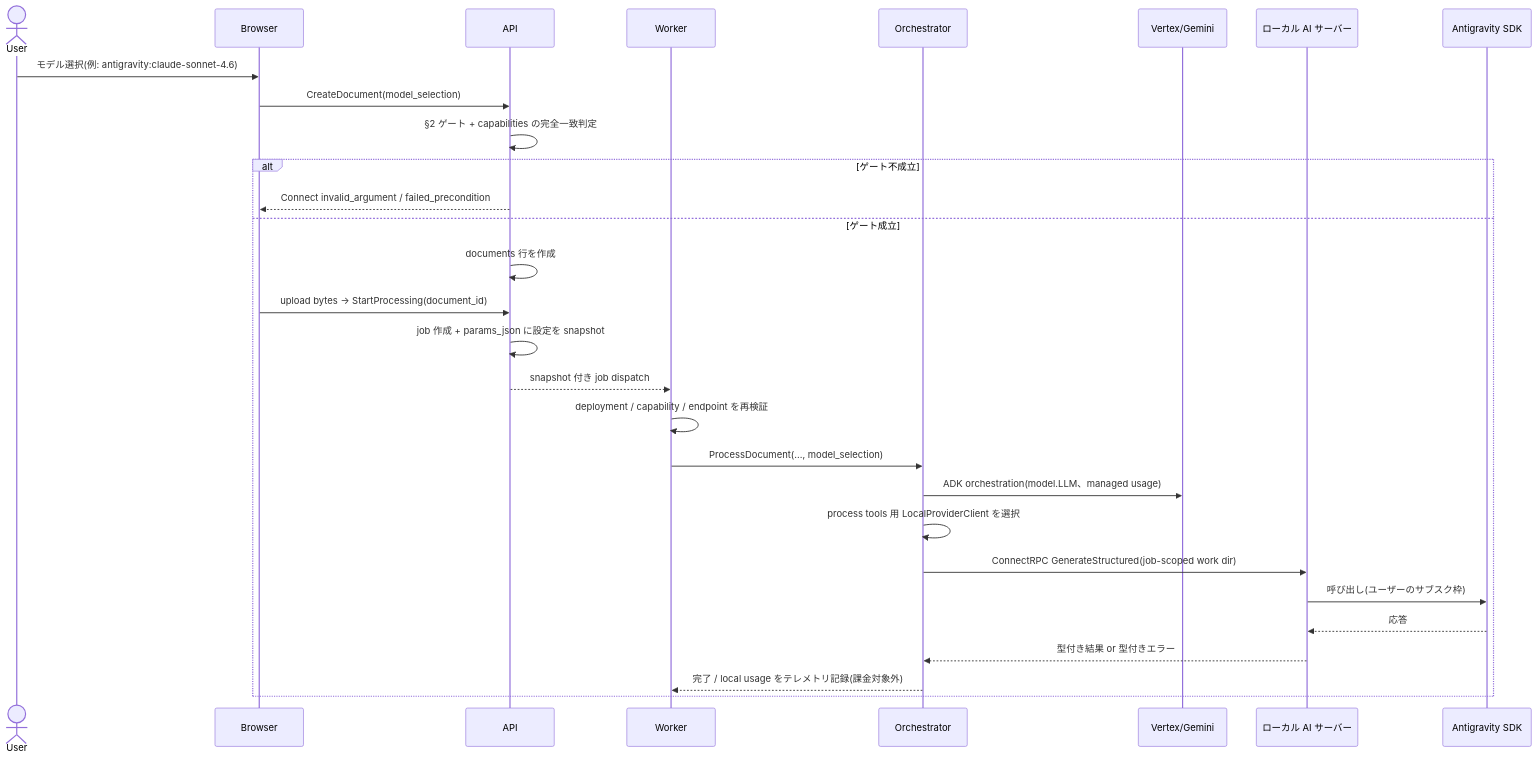
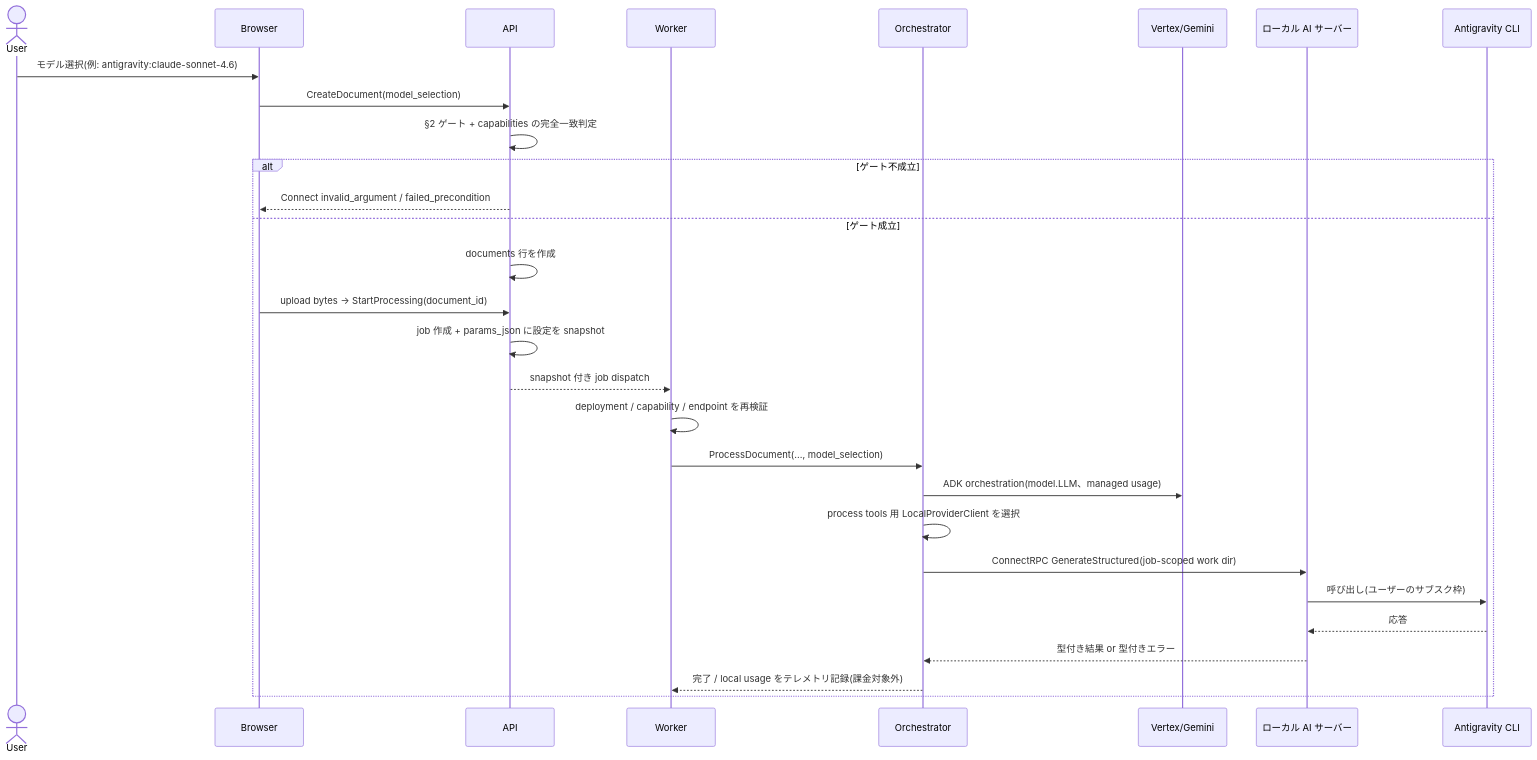
Before and after one commit to Keyhole-Koro/Synthify: the fourth of 6 diagrams in docs/architecture/model-and-style-selection-design.md, drawn with Mermaid. The commit also changed other lines of this file and 13 other files, not shown here.

Commit message:
feat(local-provider): add Antigravity CLI daemon

````diff
--- a/docs/architecture/model-and-style-selection-design.md
+++ b/docs/architecture/model-and-style-selection-design.md
@@ -183,32 +183,32 @@
 ```mermaid
 sequenceDiagram
     actor User
     participant Browser
     participant API
     participant Worker
     participant Orchestrator
     participant Gemini as Vertex/Gemini
     participant LocalServer as ローカル AI サーバー
-    participant SDK as Antigravity SDK
+    participant SDK as Antigravity CLI
 
     User->>Browser: モデル選択(例: antigravity:claude-sonnet-4.6)
     Browser->>API: CreateDocument(model_selection)
     API->>API: §2 ゲート + capabilities の完全一致判定
     alt ゲート不成立
         API-->>Browser: Connect invalid_argument / failed_precondition
     else ゲート成立
         API->>API: documents 行を作成
         Browser->>API: upload bytes → StartProcessing(document_id)
         API->>API: job 作成 + params_json に設定を snapshot
         API-->>Worker: snapshot 付き job dispatch
         Worker->>Worker: deployment / capability / endpoint を再検証
         Worker->>Orchestrator: ProcessDocument(..., model_selection)
         Orchestrator->>Gemini: ADK orchestration(model.LLM、managed usage)
         Orchestrator->>Orchestrator: process tools 用 LocalProviderClient を選択
         Orchestrator->>LocalServer: ConnectRPC GenerateStructured(job-scoped work dir)
         LocalServer->>SDK: 呼び出し(ユーザーのサブスク枠)
         SDK-->>LocalServer: 応答
         LocalServer-->>Orchestrator: 型付き結果 or 型付きエラー
         Orchestrator-->>Worker: 完了 / local usage をテレメトリ記録(課金対象外)
     end
 ```
````
